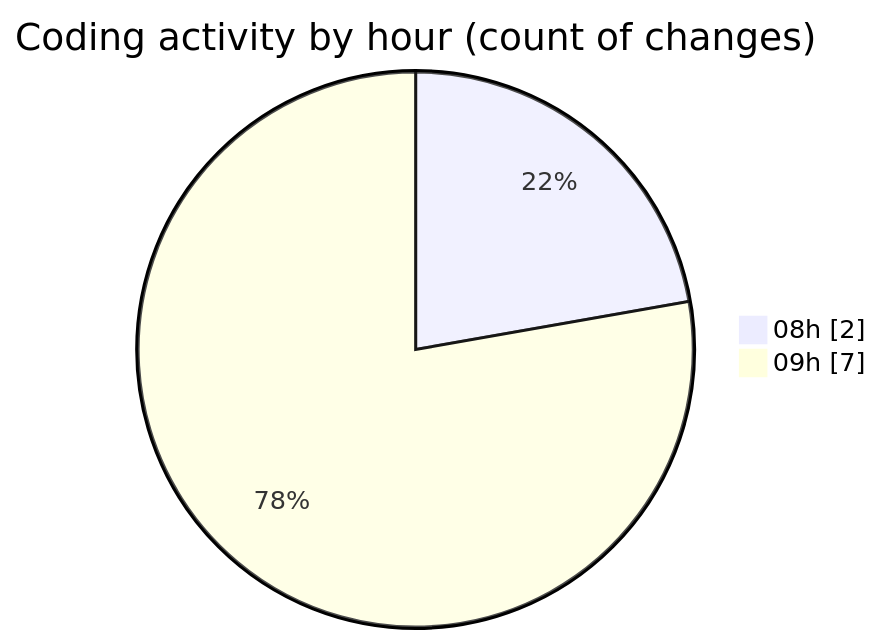
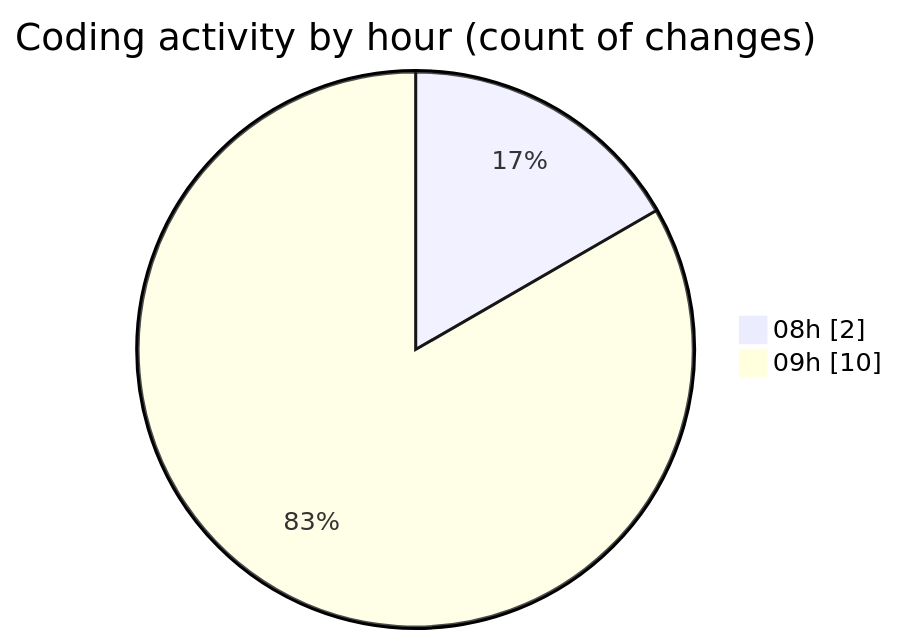
The second of 2 diagrams in 2025-05-30/cda/README.md (momahboobian/code-tracking), drawn with Mermaid before and after one commit. The commit also changed other lines of this file and 1 other file, not shown here.

````diff
--- a/2025-05-30/cda/README.md
+++ b/2025-05-30/cda/README.md
@@ -28,6 +28,6 @@
 ```mermaid
 pie showData
 title Coding activity by hour (count of changes)
 "08h" : 2
-"09h" : 7
+"09h" : 10
 ```
````
